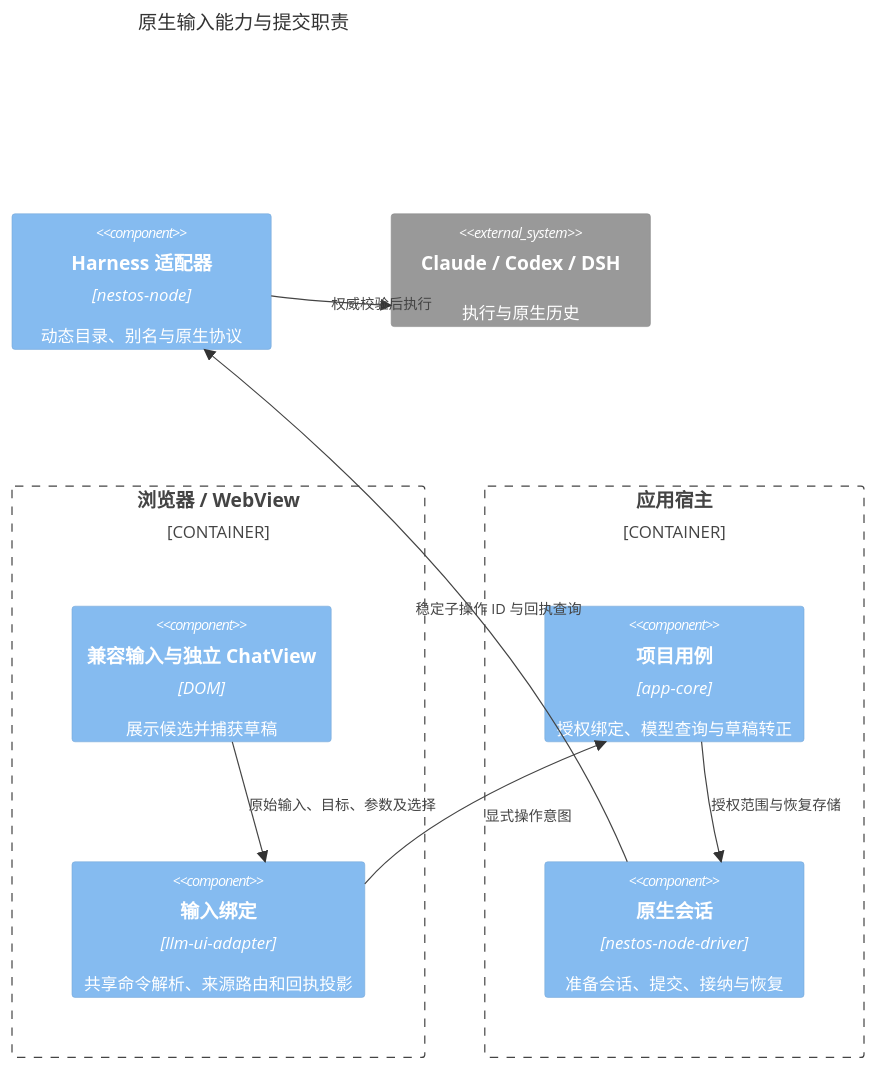
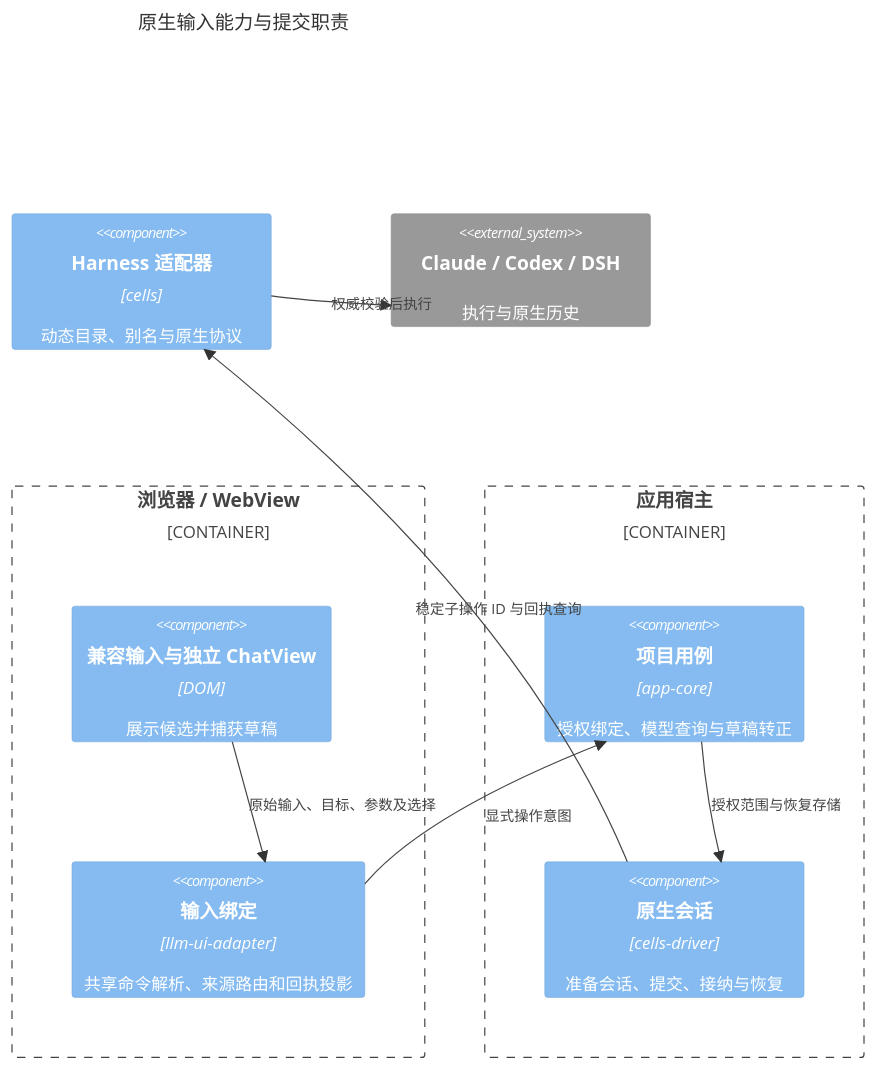
The sixth of 9 diagrams in doc/design/llm-ui-independent-module.md (mushuanli/NestOS), drawn with Mermaid before and after one commit. The commit also changed other lines of this file and 173 other files, not shown here.

Commit message:
refactor(cells)!: migrate node and driver identities across NestOS

````diff
--- a/doc/design/llm-ui-independent-module.md
+++ b/doc/design/llm-ui-independent-module.md
@@ -444,19 +444,19 @@
 ```mermaid
 C4Component
     title 原生输入能力与提交职责
     Container_Boundary(ui, "浏览器 / WebView") {
         Component(views, "兼容输入与独立 ChatView", "DOM", "展示候选并捕获草稿")
         Component(binding, "输入绑定", "llm-ui-adapter", "共享命令解析、来源路由和回执投影")
     }
     Container_Boundary(host, "应用宿主") {
         Component(app, "项目用例", "app-core", "授权绑定、模型查询与草稿转正")
-        Component(driver, "原生会话", "nestos-node-driver", "准备会话、提交、接纳与恢复")
+        Component(driver, "原生会话", "cells-driver", "准备会话、提交、接纳与恢复")
     }
-    Component(native, "Harness 适配器", "nestos-node", "动态目录、别名与原生协议")
+    Component(native, "Harness 适配器", "cells", "动态目录、别名与原生协议")
     System_Ext(executor, "Claude / Codex / DSH", "执行与原生历史")
     Rel(views, binding, "原始输入、目标、参数及选择")
     Rel(binding, app, "显式操作意图")
     Rel(app, driver, "授权范围与恢复存储")
     Rel(driver, native, "稳定子操作 ID 与回执查询")
     Rel(native, executor, "权威校验后执行")
 ```
````
